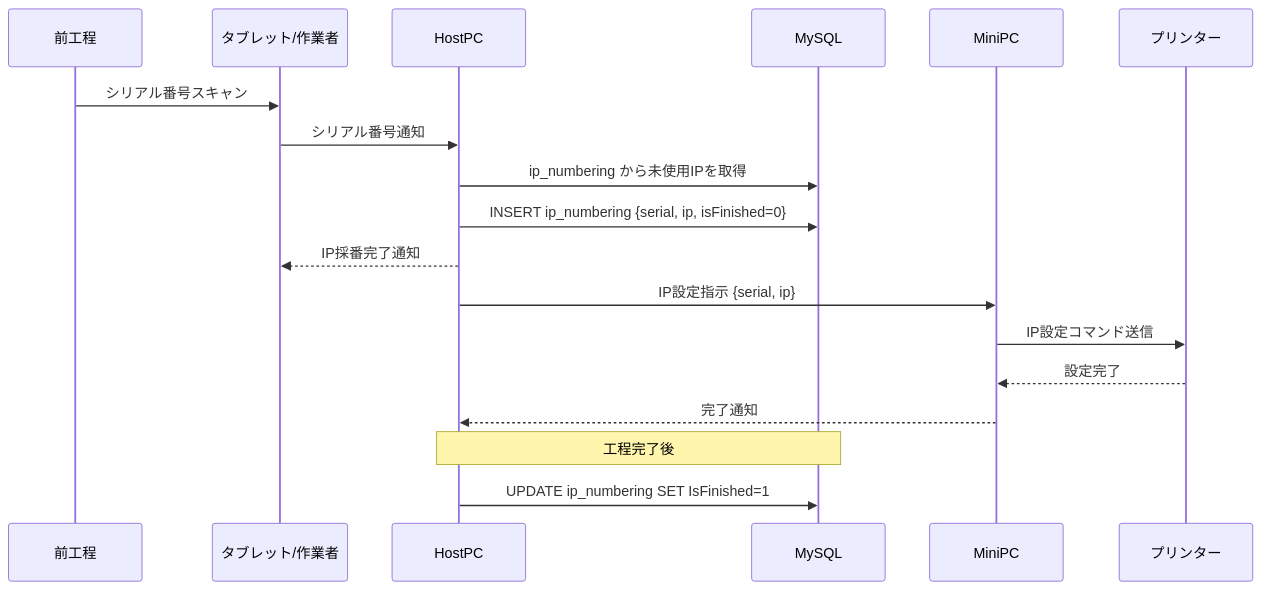
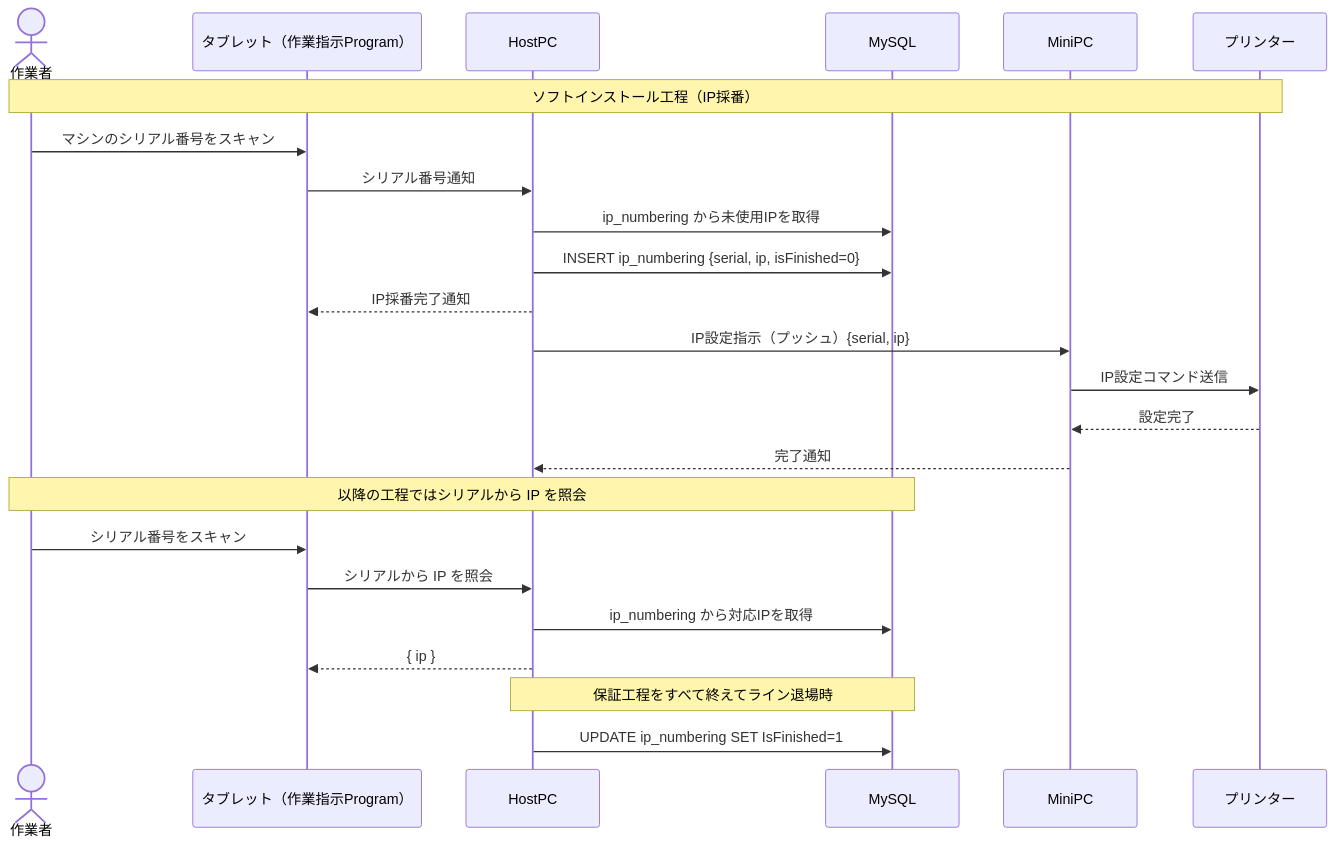
One commit to namagi14-lab/spica-warranty-design changed the second of 5 diagrams in docs/05_sequence.md. Above: the diagram before and after it, drawn with Mermaid. The commit also changed 3 other files, not shown here.

First line of the commit message:
Correct IP採番 flow to tablet-initiated

````diff
--- a/docs/05_sequence.md
+++ b/docs/05_sequence.md
@@ -75,22 +75,30 @@
 ```mermaid
 sequenceDiagram
-  participant Pre as 前工程
-  participant T   as タブレット/作業者
+  actor Op as 作業者
+  participant T   as タブレット（作業指示Program）
   participant H   as HostPC
   participant DB  as MySQL
   participant M   as MiniPC
   participant P   as プリンター
 
-  Pre->>T: シリアル番号スキャン
+  Note over Op,P: ソフトインストール工程（IP採番）
+
+  Op->>T: マシンのシリアル番号をスキャン
   T->>H: シリアル番号通知
   H->>DB: ip_numbering から未使用IPを取得
   H->>DB: INSERT ip_numbering {serial, ip, isFinished=0}
   H-->>T: IP採番完了通知
-  H->>M: IP設定指示 {serial, ip}
+  H->>M: IP設定指示（プッシュ）{serial, ip}
   M->>P: IP設定コマンド送信
   P-->>M: 設定完了
   M-->>H: 完了通知
 
-  Note over H,DB: 工程完了後
+  Note over Op,DB: 以降の工程ではシリアルから IP を照会
+  Op->>T: シリアル番号をスキャン
+  T->>H: シリアルから IP を照会
+  H->>DB: ip_numbering から対応IPを取得
+  H-->>T: { ip }
+
+  Note over H,DB: 保証工程をすべて終えてライン退場時
   H->>DB: UPDATE ip_numbering SET IsFinished=1
 ```
````
